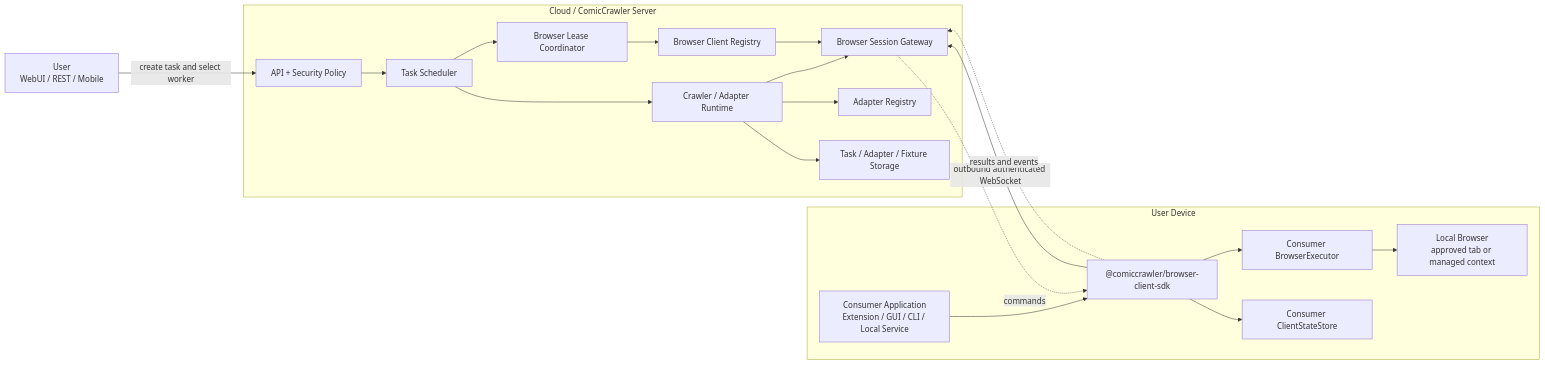
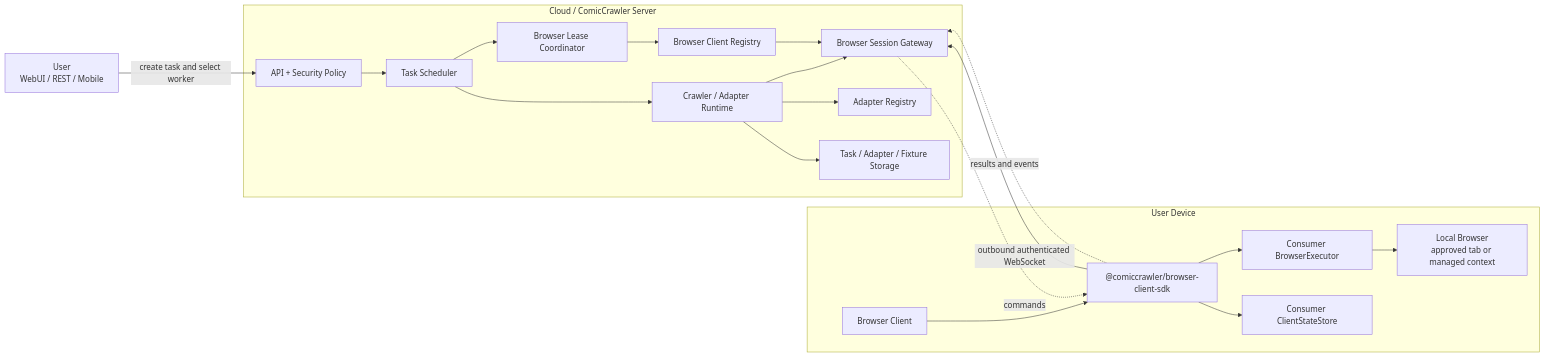
The first of 8 diagrams in docs/development/BROWSER_CLIENT_FRAMEWORK.md (luberserker0v0/comic-crawler), drawn with Mermaid before and after one commit. The commit also changed other lines of this file and 83 other files, not shown here.

Commit message:
feat: complete browser client and adapter lifecycle flows

````diff
--- a/docs/development/BROWSER_CLIENT_FRAMEWORK.md
+++ b/docs/development/BROWSER_CLIENT_FRAMEWORK.md
@@ -49,41 +49,41 @@
 ```mermaid
 flowchart LR
   User["User<br/>WebUI / REST / Mobile"]
 
   subgraph Cloud["Cloud / ComicCrawler Server"]
     API["API + Security Policy"]
     Scheduler["Task Scheduler"]
     Runtime["Crawler / Adapter Runtime"]
     Gateway["Browser Session Gateway"]
     Registry["Browser Client Registry"]
     Lease["Browser Lease Coordinator"]
     Adapter["Adapter Registry"]
     Storage["Task / Adapter / Fixture Storage"]
   end
 
   subgraph Device["User Device"]
-    Consumer["Consumer Application<br/>Extension / GUI / CLI / Local Service"]
+    Consumer["Browser Client"]
     SDK["@comiccrawler/browser-client-sdk"]
     Executor["Consumer BrowserExecutor"]
     State["Consumer ClientStateStore"]
     Browser["Local Browser<br/>approved tab or managed context"]
   end
 
   User -->|create task and select worker| API
   API --> Scheduler
   Scheduler --> Runtime
   Scheduler --> Lease
   Runtime --> Adapter
   Runtime --> Gateway
   Runtime --> Storage
   Lease --> Registry
   Registry --> Gateway
 
   Consumer --> SDK
   SDK --> Executor
   SDK --> State
   Executor --> Browser
   SDK -->|outbound authenticated WebSocket| Gateway
   Gateway -. commands .-> SDK
   SDK -. results and events .-> Gateway
 ```
````
